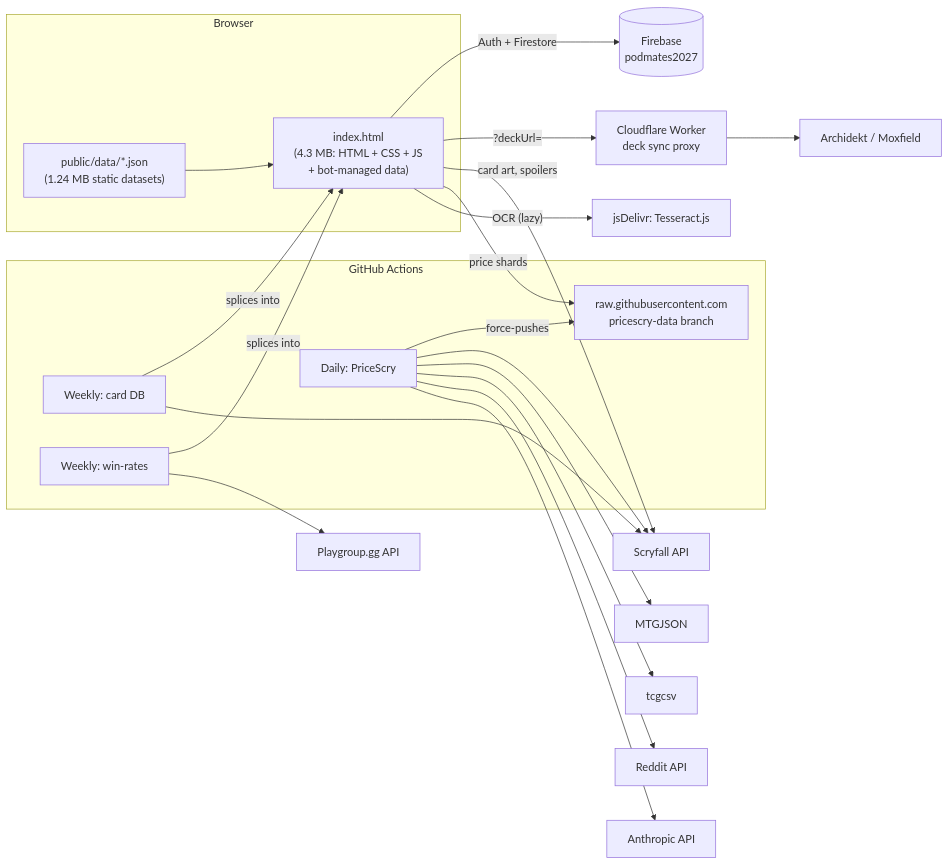
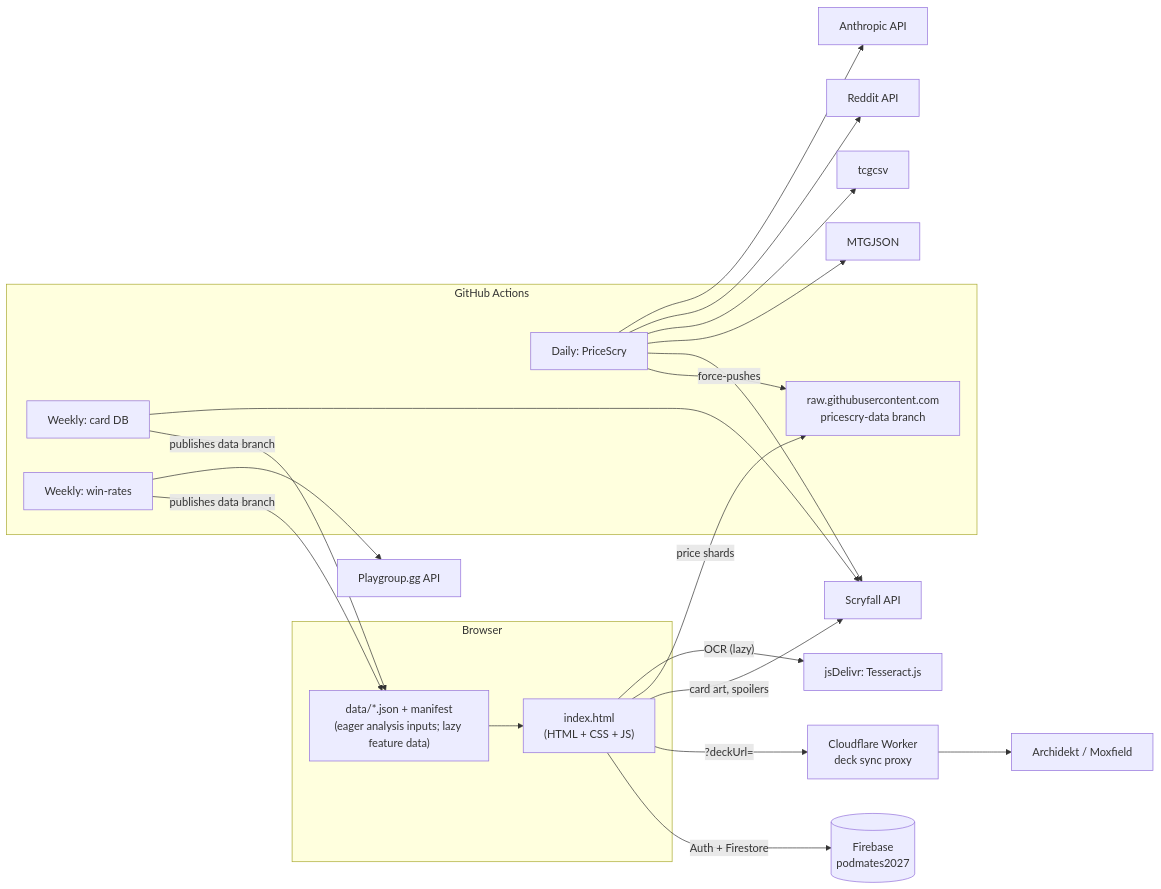
The diagram in docs/overview.md (anf1978/PodMates), drawn with Mermaid before and after one commit. The commit also changed other lines of this file and 17 other files, not shown here.

Commit message:
feat: defer feature datasets and expose versioned data freshness

````diff
--- a/docs/overview.md
+++ b/docs/overview.md
@@ -85,22 +85,22 @@
 ```mermaid
 flowchart LR
   subgraph Browser
-    APP["index.html<br/>(4.3 MB: HTML + CSS + JS<br/>+ bot-managed data)"]
-    DATA["public/data/*.json<br/>(1.24 MB static datasets)"] --> APP
+    APP["index.html<br/>(HTML + CSS + JS)"]
+    DATA["data/*.json + manifest<br/>(eager analysis inputs; lazy feature data)"] --> APP
   end
   APP -- "Auth + Firestore" --> FB[(Firebase<br/>podmates2027)]
   APP -- "?deckUrl=" --> CW[Cloudflare Worker<br/>deck sync proxy]
   CW --> AX[Archidekt / Moxfield]
   APP -- "card art, spoilers" --> SF[Scryfall API]
   APP -- "price shards" --> RAW["raw.githubusercontent.com<br/>pricescry-data branch"]
   APP -- "OCR (lazy)" --> JSD["jsDelivr: Tesseract.js"]
 
   subgraph GHA["GitHub Actions"]
-    W1["Weekly: card DB"] -- "splices into" --> APP
-    W2["Weekly: win-rates"] -- "splices into" --> APP
+    W1["Weekly: card DB"] -- "publishes data branch" --> DATA
+    W2["Weekly: win-rates"] -- "publishes data branch" --> DATA
     W3["Daily: PriceScry"] -- "force-pushes" --> RAW
   end
   W1 --> SF
   W2 --> PG[Playgroup.gg API]
   W3 --> SF & MJ[MTGJSON] & TCG[tcgcsv] & RD[Reddit API] & AN[Anthropic API]
 ```
````
